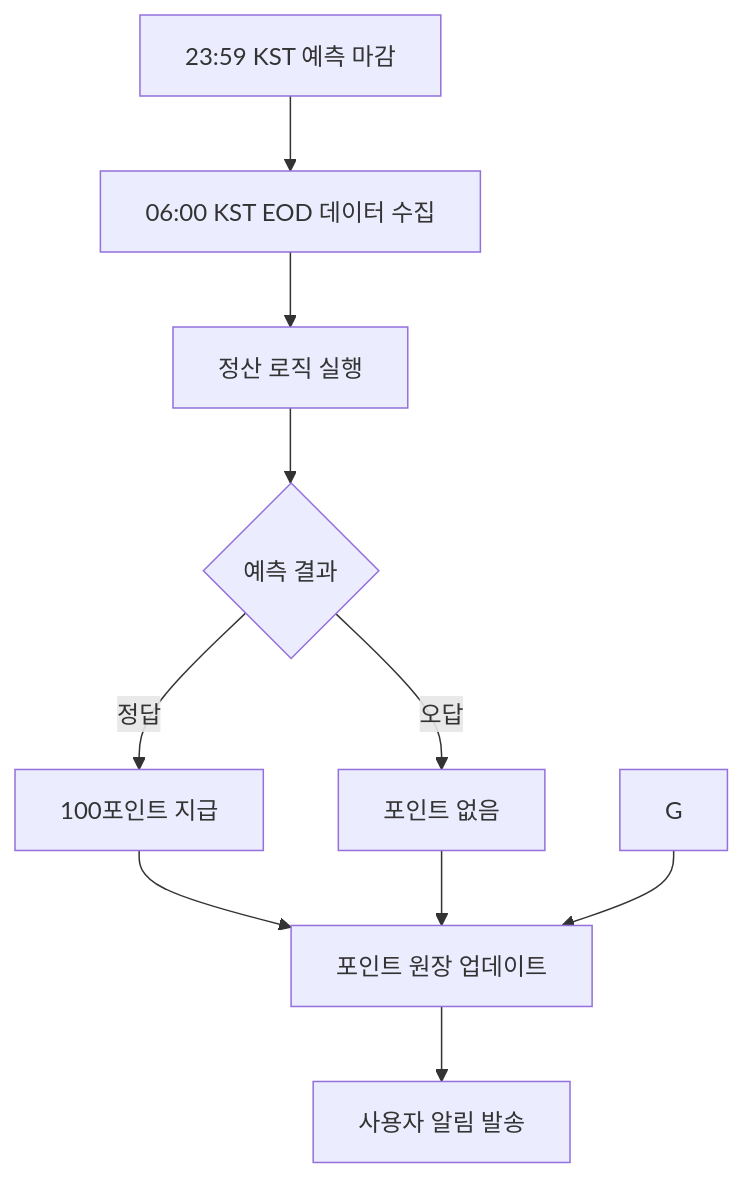
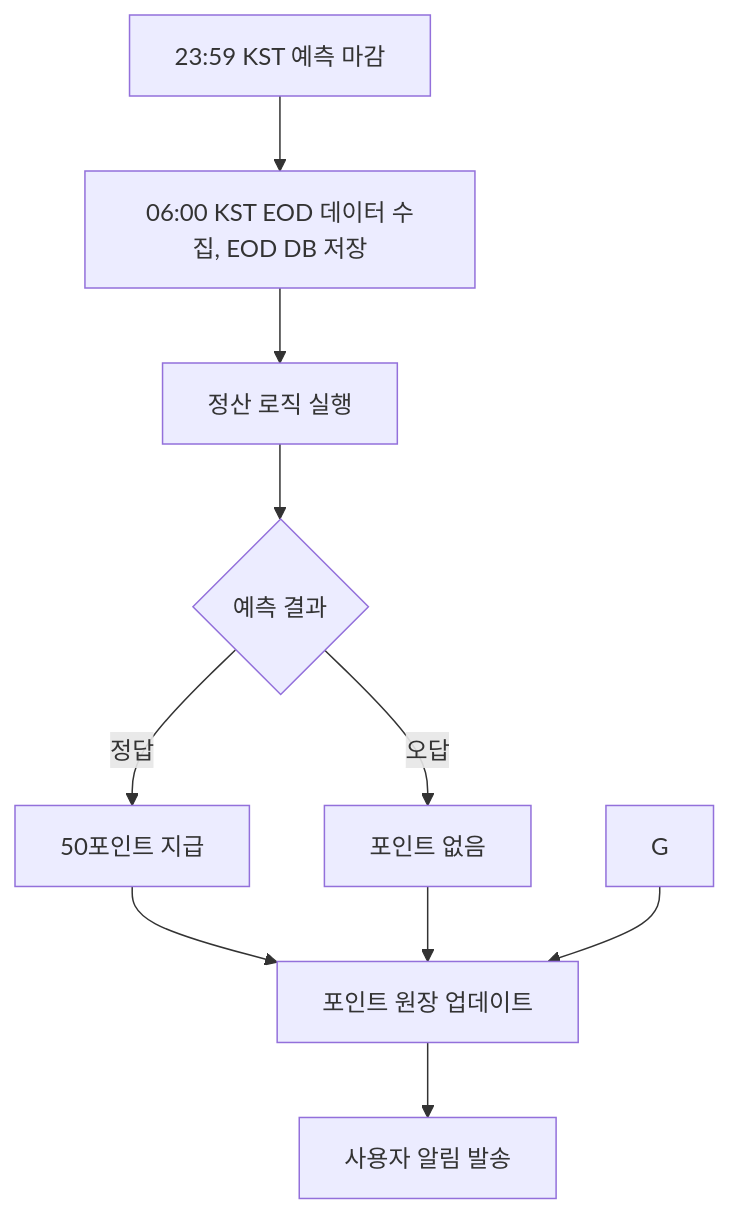
Before and after one commit to jaewoong2/stock_ox_predict: the third of 4 diagrams in docs/todo.md, drawn with Mermaid. The commit also changed other lines of this file and 18 other files, not shown here.

````diff
--- a/docs/todo.md
+++ b/docs/todo.md
@@ -732,13 +732,13 @@
 ```mermaid
 graph TD
-    A[23:59 KST 예측 마감] --> B[06:00 KST EOD 데이터 수집]
+    A[23:59 KST 예측 마감] --> B[06:00 KST EOD 데이터 수집, EOD DB 저장] 
     B --> C[정산 로직 실행]
     C --> D{예측 결과}
-    D -->|정답| E[100포인트 지급]
+    D -->|정답| E[50포인트 지급]
     D -->|오답| F[포인트 없음]
     
     E --> H[포인트 원장 업데이트]
     F --> H
     G --> H
     H --> I[사용자 알림 발송]
 ```
````
